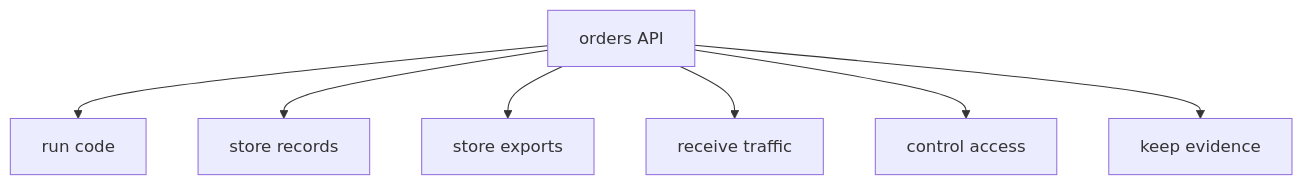
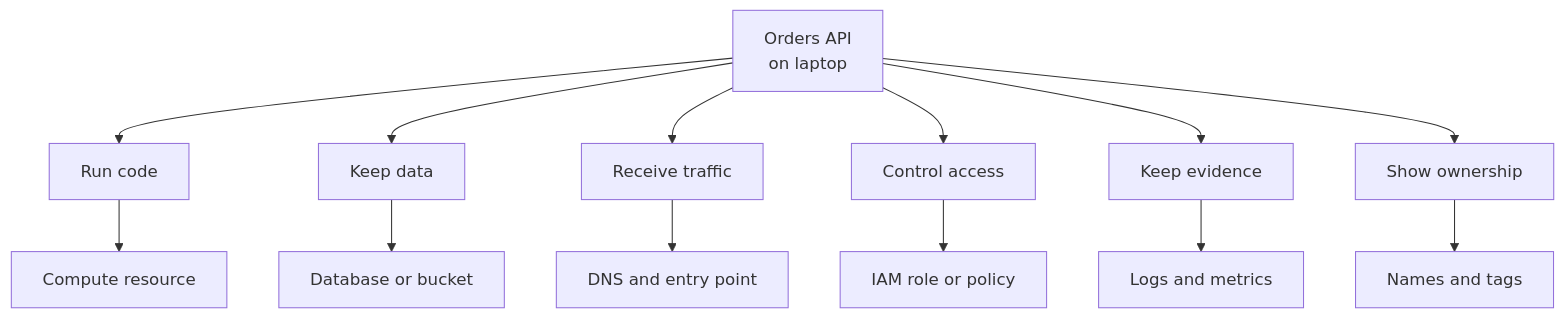
Before and after one commit to senlinyy/dev-roadmaps: the diagram in cloud-providers/aws/foundations/aws-mental-model.md, drawn with Mermaid. The commit also changed other lines of this file and 275 other files, not shown here.

Commit message:
feat: roadmap structure update

````diff
--- a/cloud-providers/aws/foundations/aws-mental-model.md
+++ b/cloud-providers/aws/foundations/aws-mental-model.md
@@ -97,9 +79,16 @@
 ```mermaid
 flowchart TD
-    APP["orders API"] --> RUN["run code"]
-    APP --> DATA["store records"]
-    APP --> FILES["store exports"]
-    APP --> TRAFFIC["receive traffic"]
-    APP --> ACCESS["control access"]
-    APP --> SIGNALS["keep evidence"]
+    Local["Orders API<br/>on laptop"] --> Run["Run code"]
+    Local --> Data["Keep data"]
+    Local --> Traffic["Receive traffic"]
+    Local --> Access["Control access"]
+    Local --> Evidence["Keep evidence"]
+    Local --> Ownership["Show ownership"]
+
+    Run --> Compute["Compute resource"]
+    Data --> Stores["Database or bucket"]
+    Traffic --> Entry["DNS and entry point"]
+    Access --> IAM["IAM role or policy"]
+    Evidence --> Signals["Logs and metrics"]
+    Ownership --> Tags["Names and tags"]
 ```
````
